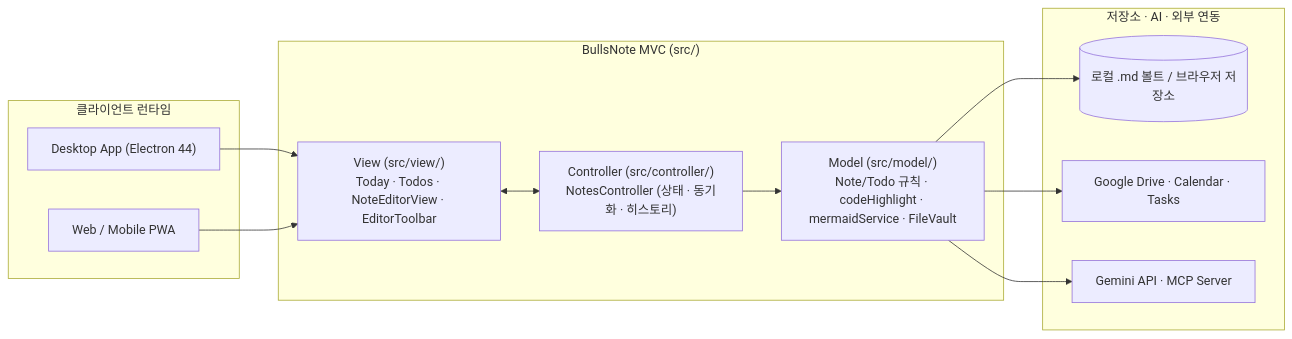
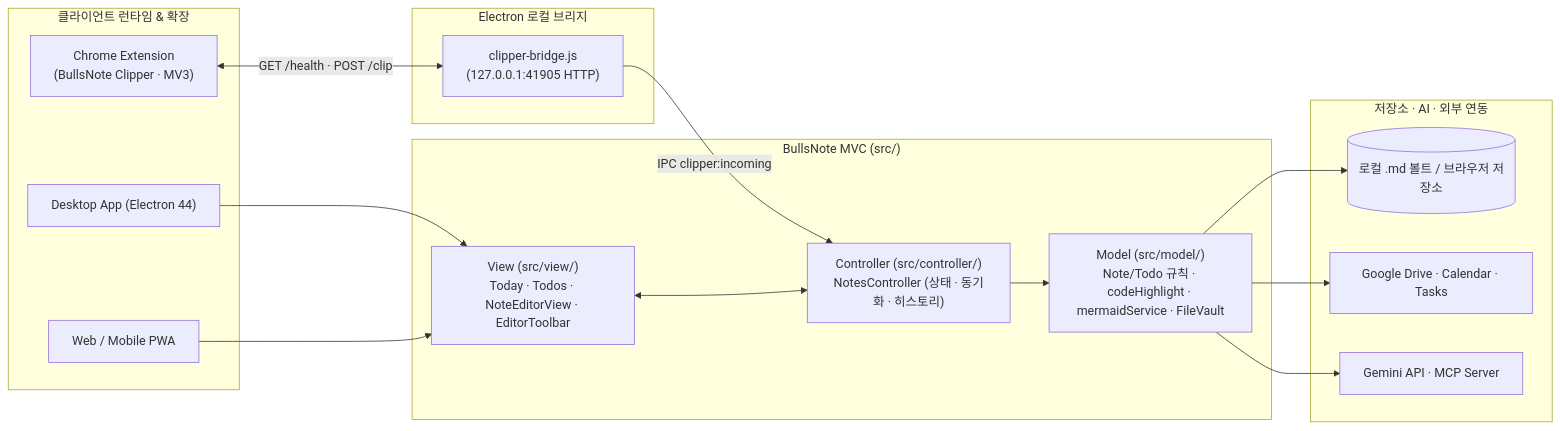
One commit to bullseye73/bullsNote changed the diagram in README.md. Above: the diagram before and after it, drawn with Mermaid. The commit also changed other lines of this file and 23 other files, not shown here.

Commit message:
feat: BullsNote Clipper Chrome 확장 프로그램 및 Electron 로컬 브리지 추가

````diff
--- a/README.md
+++ b/README.md
@@ -282,27 +296,34 @@
 ```mermaid
 flowchart LR
-    subgraph Runtime["클라이언트 런타임"]
+    subgraph Runtime["클라이언트 런타임 & 확장"]
         Desktop["Desktop App (Electron 44)"]
         PWA["Web / Mobile PWA"]
+        Clipper["Chrome Extension\n(BullsNote Clipper · MV3)"]
+    end
+
+    subgraph BridgeLayer["Electron 로컬 브리지"]
+        Bridge["clipper-bridge.js\n(127.0.0.1:41905 HTTP)"]
     end
 
     subgraph App["BullsNote MVC (src/)"]
         View["View (src/view/)\nToday · Todos · NoteEditorView · EditorToolbar"]
         Ctrl["Controller (src/controller/)\nNotesController (상태 · 동기화 · 히스토리)"]
         Model["Model (src/model/)\nNote/Todo 규칙 · codeHighlight · mermaidService · FileVault"]
     end
 
     subgraph Ext["저장소 · AI · 외부 연동"]
         Vault[("로컬 .md 볼트 / 브라우저 저장소")]
         Drive["Google Drive · Calendar · Tasks"]
         AI["Gemini API · MCP Server"]
     end
 
     Desktop --> View
     PWA --> View
+    Clipper <-->|GET /health · POST /clip| Bridge
+    Bridge -->|IPC clipper:incoming| Ctrl
     View <--> Ctrl
     Ctrl --> Model
     Model --> Vault
     Model --> Drive
     Model --> AI
 ```
````
